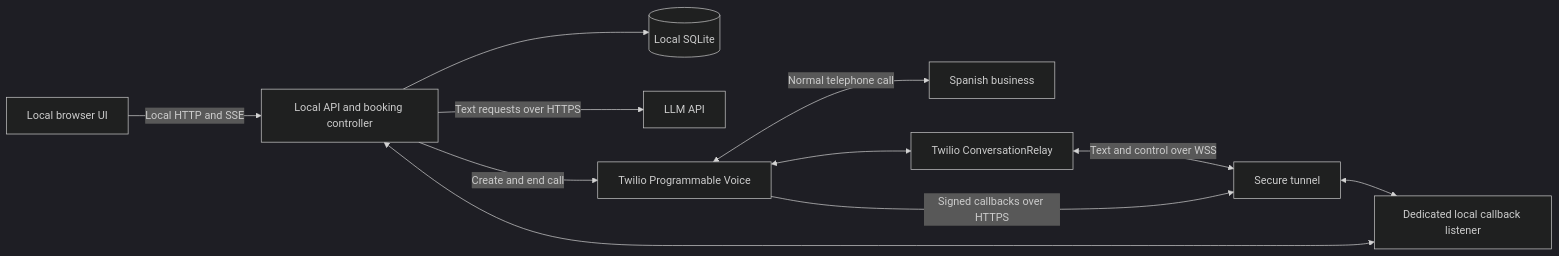
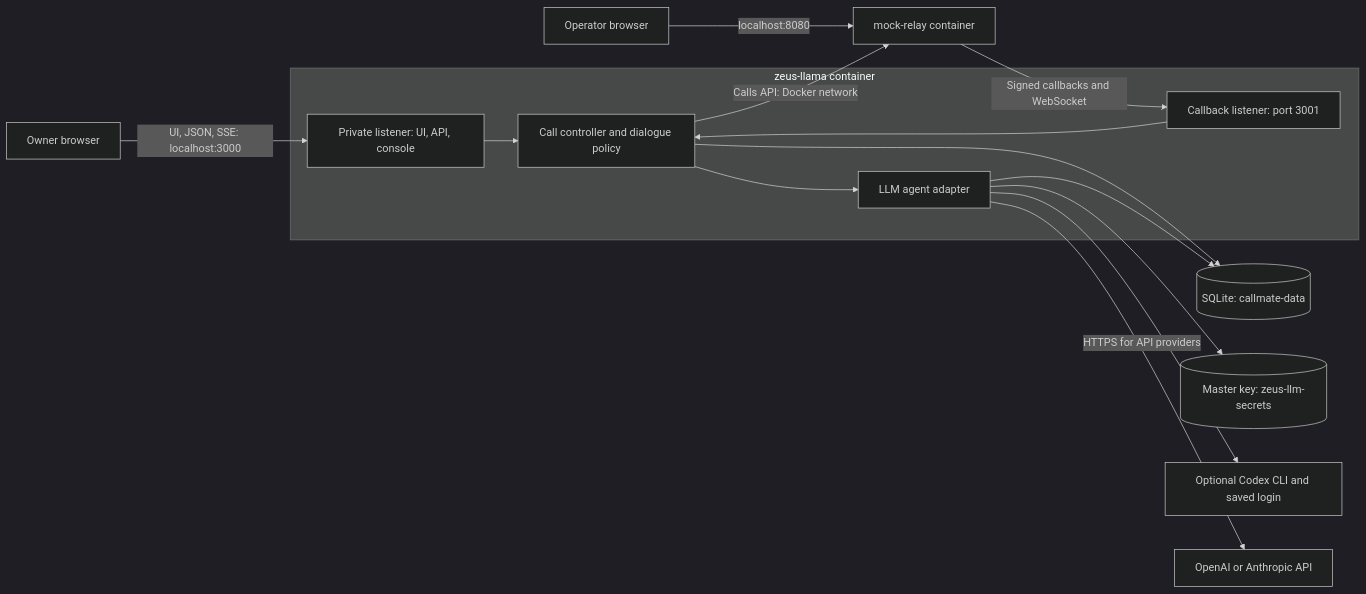
The first of 2 diagrams in docs/architecture.md (vitalisavastsenia/callmate), drawn with Mermaid (dark theme) before and after one commit. The commit also changed other lines of this file and 252 other files, not shown here.

````diff
--- a/docs/architecture.md
+++ b/docs/architecture.md
@@ -13,13 +9,21 @@
 ```mermaid
 flowchart LR
-    U[Local browser UI] -->|Local HTTP and SSE| A[Local API and booking controller]
-    A --> D[(Local SQLite)]
-    A -->|Text requests over HTTPS| L[LLM API]
-    A -->|Create and end call| V[Twilio Programmable Voice]
-    V <-->|Normal telephone call| B[Spanish business]
-    V <--> R[Twilio ConversationRelay]
-    R <-->|Text and control over WSS| T[Secure tunnel]
-    V -->|Signed callbacks over HTTPS| T
-    T <--> C[Dedicated local callback listener]
-    C <--> A
+    User[Owner browser] -->|UI, JSON, SSE: localhost:3000| Private
+    Operator[Operator browser] -->|localhost:8080| Mock
+    subgraph App[zeus-llama container]
+        Private[Private listener: UI, API, console]
+        Controller[Call controller and dialogue policy]
+        Callback[Callback listener: port 3001]
+        Agent[LLM agent adapter]
+        Private --> Controller
+        Callback --> Controller
+        Controller --> Agent
+    end
+    Controller -->|Calls API: Docker network| Mock[mock-relay container]
+    Mock -->|Signed callbacks and WebSocket| Callback
+    Controller --> DB[(SQLite: callmate-data)]
+    Agent --> DB
+    Agent --> Keys[(Master key: zeus-llm-secrets)]
+    Agent --> CLI[Optional Codex CLI and saved login]
+    Agent -->|HTTPS for API providers| API[OpenAI or Anthropic API]
 ```
````
